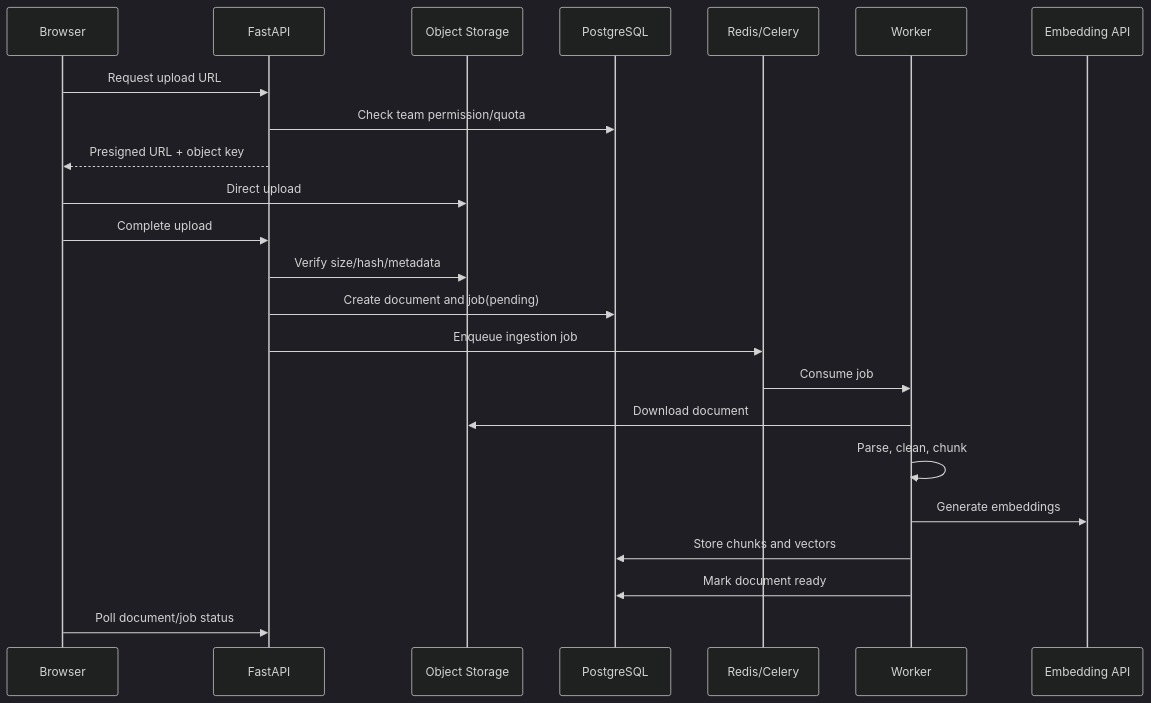
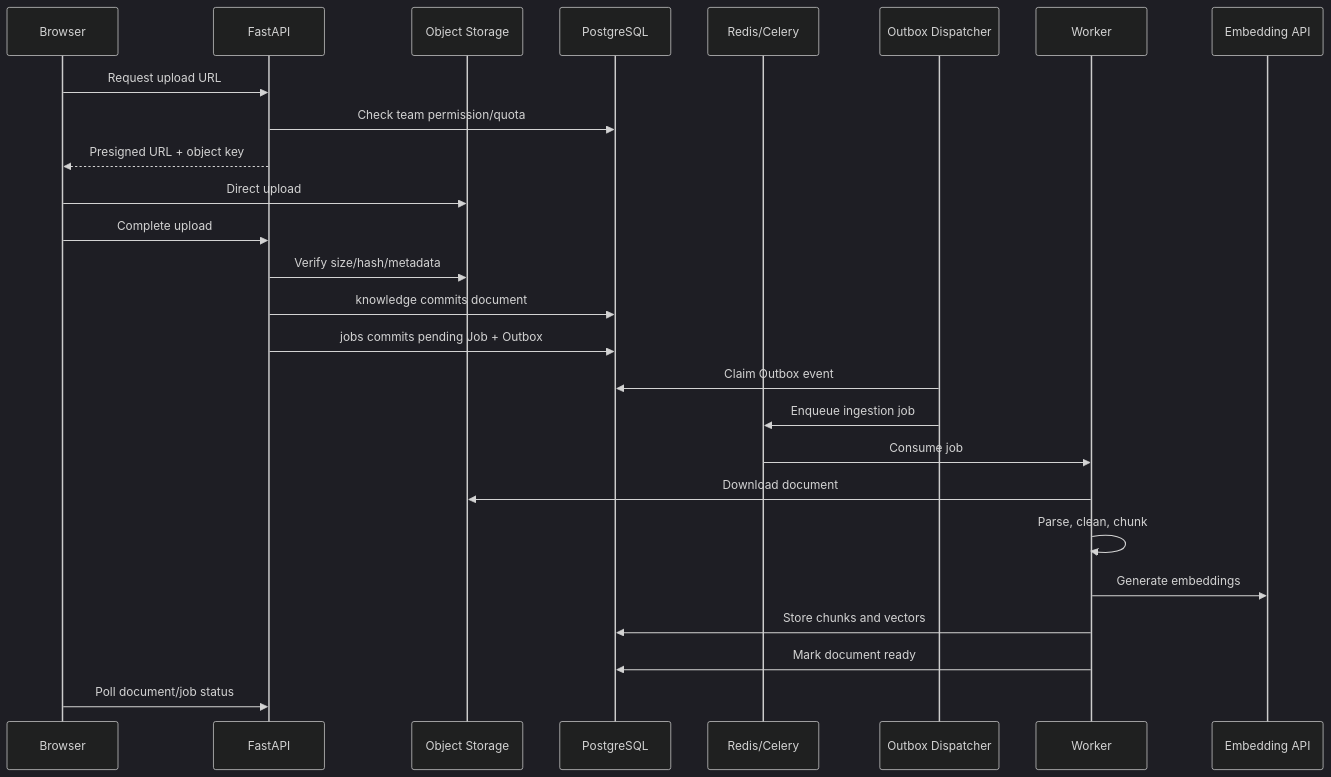
Before and after one commit to wangzupeng12061/Hify: the third of 3 diagrams in docs/architecture/deployment.md, drawn with Mermaid (dark theme). The commit also changed other lines of this file and 118 other files, not shown here.

````diff
--- a/docs/architecture/deployment.md
+++ b/docs/architecture/deployment.md
@@ -325,26 +332,29 @@
 ```mermaid
 sequenceDiagram
     participant B as Browser
     participant A as FastAPI
     participant S as Object Storage
     participant P as PostgreSQL
     participant R as Redis/Celery
+    participant D as Outbox Dispatcher
     participant W as Worker
     participant L as Embedding API
 
     B->>A: Request upload URL
     A->>P: Check team permission/quota
     A-->>B: Presigned URL + object key
     B->>S: Direct upload
     B->>A: Complete upload
     A->>S: Verify size/hash/metadata
-    A->>P: Create document and job(pending)
-    A->>R: Enqueue ingestion job
+    A->>P: knowledge commits document
+    A->>P: jobs commits pending Job + Outbox
+    D->>P: Claim Outbox event
+    D->>R: Enqueue ingestion job
     R->>W: Consume job
     W->>S: Download document
     W->>W: Parse, clean, chunk
     W->>L: Generate embeddings
     W->>P: Store chunks and vectors
     W->>P: Mark document ready
     B->>A: Poll document/job status
 ```
````
